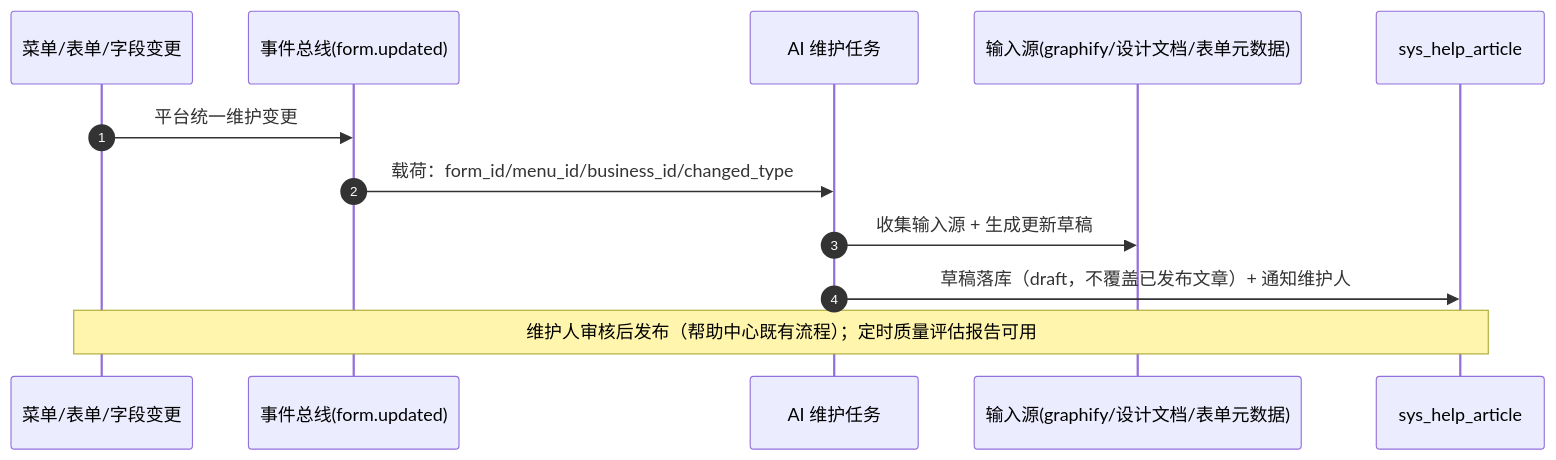
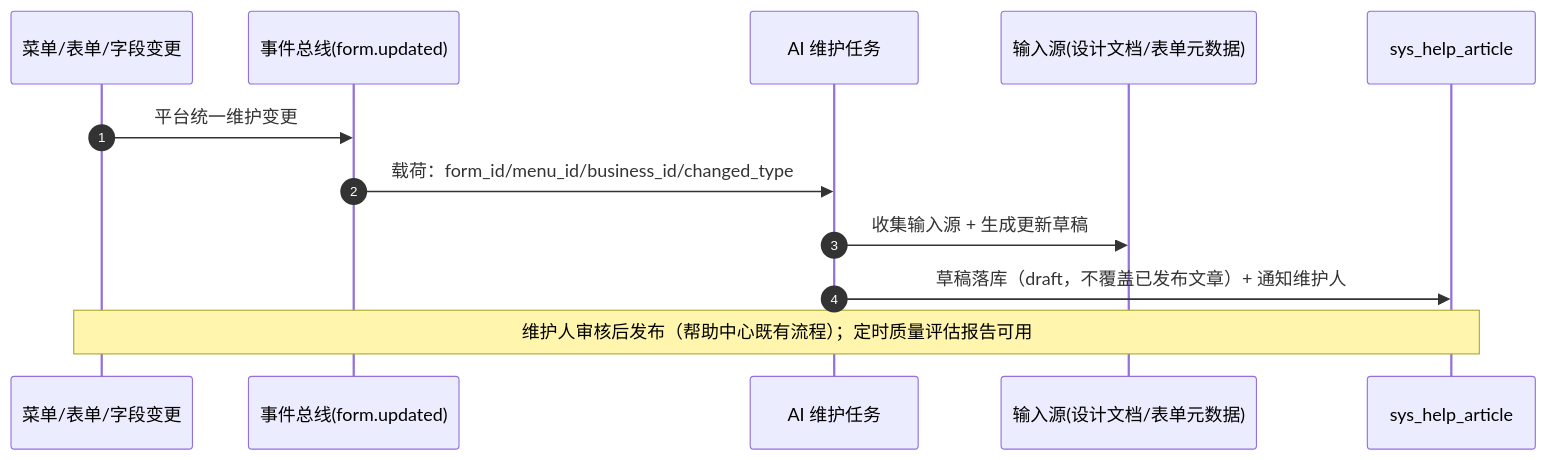
One commit to minjian123/basic-management-system changed the fourth of 4 diagrams in bms文档/设计/概要设计/34_概要设计_AI能力.md. Above: the diagram before and after it, drawn with Mermaid. The commit also changed other lines of this file and 35 other files, not shown here.

Commit message:
chore(AI): 全量移除 graphify 知识图谱（工具链/文档登记/档案/dsh 集成，备份见 mjs/graphify）

````diff
--- a/bms文档/设计/概要设计/34_概要设计_AI能力.md
+++ b/bms文档/设计/概要设计/34_概要设计_AI能力.md
@@ -158,15 +158,15 @@
 ```mermaid
 sequenceDiagram
     autonumber
     participant 变更 as 菜单/表单/字段变更
     participant 总线 as 事件总线(form.updated)
     participant 维护 as AI 维护任务
-    participant 输入 as 输入源(graphify/设计文档/表单元数据)
+    participant 输入 as 输入源(设计文档/表单元数据)
     participant 文章 as sys_help_article
 
     变更->>总线: 平台统一维护变更
     总线->>维护: 载荷：form_id/menu_id/business_id/changed_type
     维护->>输入: 收集输入源 + 生成更新草稿
     维护->>文章: 草稿落库（draft，不覆盖已发布文章）+ 通知维护人
     Note over 变更, 文章: 维护人审核后发布（帮助中心既有流程）；定时质量评估报告可用
 ```
````
